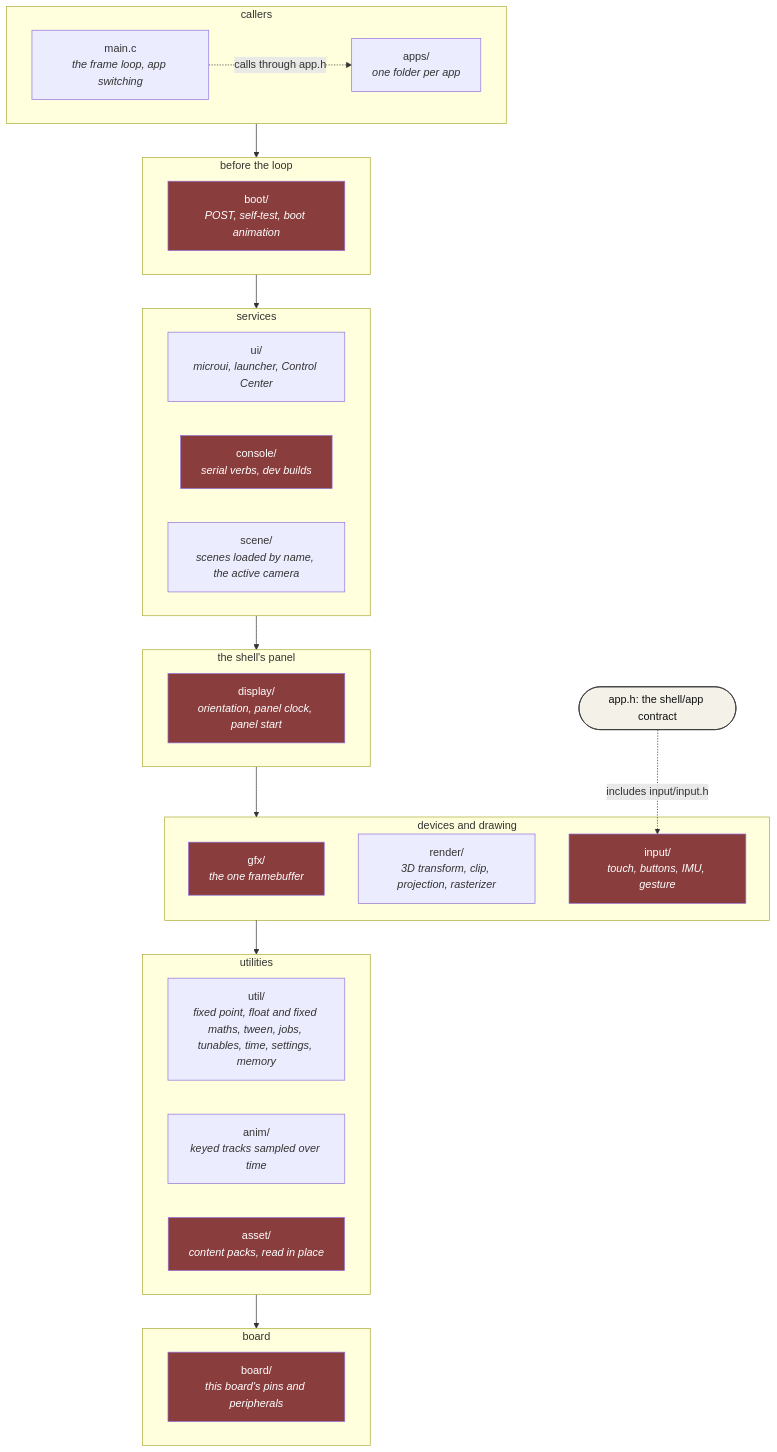
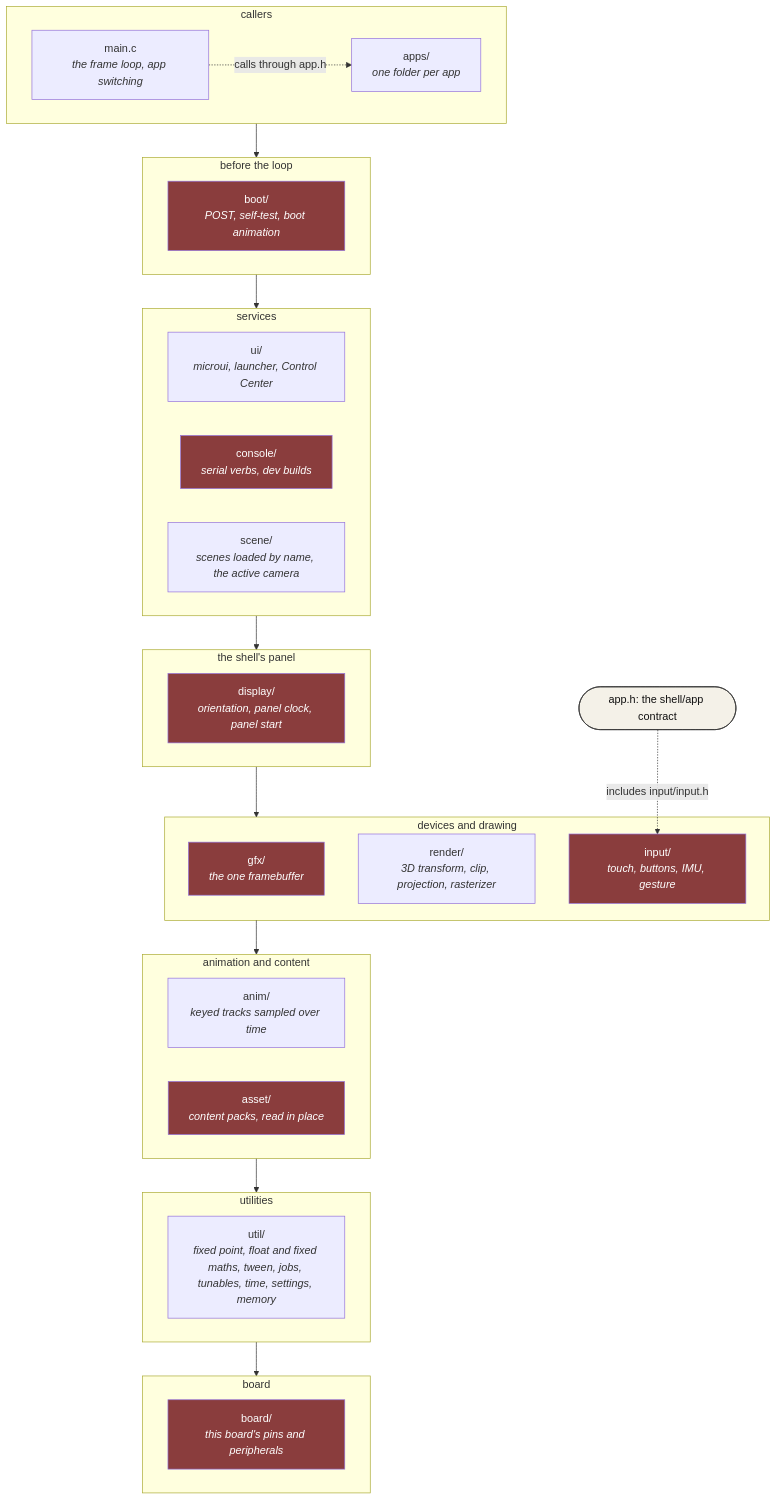
One commit to jose-villegas/autana changed the first of 4 diagrams in docs/Firmware-Architecture.md. Above: the diagram before and after it, drawn with Mermaid. The commit also changed 1 other file, not shown here.

Commit message:
docs, input: anim and asset keep their own layer row; gesture names build only where the console reads them

````diff
--- a/docs/Firmware-Architecture.md
+++ b/docs/Firmware-Architecture.md
@@ -46,39 +46,41 @@
 ```mermaid
 flowchart TB
     classDef hw fill:#8a3d3d,color:#fff
     classDef contract fill:#f4f1e8,stroke:#333,stroke-width:1px,color:#111
 
     subgraph R1["callers"]
         Apps["apps/<br/><i>one folder per app</i>"]
         Main["main.c<br/><i>the frame loop, app switching</i>"]
     end
     subgraph R3["before the loop"]
         Boot["boot/<br/><i>POST, self-test, boot animation</i>"]:::hw
     end
     subgraph R4["services"]
         Ui["ui/<br/><i>microui, launcher, Control Center</i>"]
         Console["console/<br/><i>serial verbs, dev builds</i>"]:::hw
         Scene["scene/<br/><i>scenes loaded by name, the active camera</i>"]
     end
     subgraph R5["the shell's panel"]
         Display["display/<br/><i>orientation, panel clock, panel start</i>"]:::hw
     end
     subgraph R6["devices and drawing"]
         Gfx["gfx/<br/><i>the one framebuffer</i>"]:::hw
         Render["render/<br/><i>3D transform, clip, projection, rasterizer</i>"]
         Input["input/<br/><i>touch, buttons, IMU, gesture</i>"]:::hw
     end
-    subgraph R7["utilities"]
-        Util["util/<br/><i>fixed point, float and fixed maths, tween, jobs, tunables, time, settings, memory</i>"]
+    subgraph R7["animation and content"]
         Anim["anim/<br/><i>keyed tracks sampled over time</i>"]
         Asset["asset/<br/><i>content packs, read in place</i>"]:::hw
     end
-    subgraph R8["board"]
+    subgraph R8["utilities"]
+        Util["util/<br/><i>fixed point, float and fixed maths, tween, jobs, tunables, time, settings, memory</i>"]
+    end
+    subgraph R9["board"]
         Board["board/<br/><i>this board's pins and peripherals</i>"]:::hw
     end
 
-    R1 --> R3 --> R4 --> R5 --> R6 --> R7 --> R8
+    R1 --> R3 --> R4 --> R5 --> R6 --> R7 --> R8 --> R9
     Contract(["app.h: the shell/app contract"]):::contract
     Main -.->|"calls through app.h"| Apps
     Contract -.->|"includes input/input.h"| Input
 ```
````
